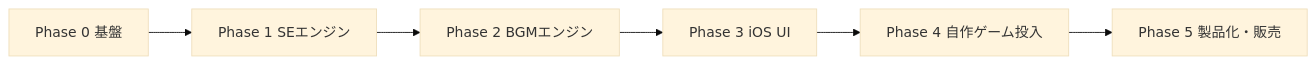
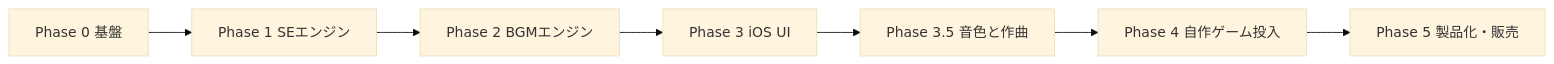
One commit to True-Ocean/GameSoundCreator changed the diagram in docs/ROADMAP.md. Above: the diagram before and after it, drawn with Mermaid (base theme). The commit also changed other lines of this file and 9 other files, not shown here.

````diff
--- a/docs/ROADMAP.md
+++ b/docs/ROADMAP.md
@@ -15,8 +15,9 @@
 ```mermaid
 flowchart LR
   P0[Phase 0 基盤] --> P1[Phase 1 SEエンジン]
   P1 --> P2[Phase 2 BGMエンジン]
   P2 --> P3[Phase 3 iOS UI]
-  P3 --> P4[Phase 4 自作ゲーム投入]
+  P3 --> P35[Phase 3.5 音色と作曲]
+  P35 --> P4[Phase 4 自作ゲーム投入]
   P4 --> P5[Phase 5 製品化・販売]
 ```
````
